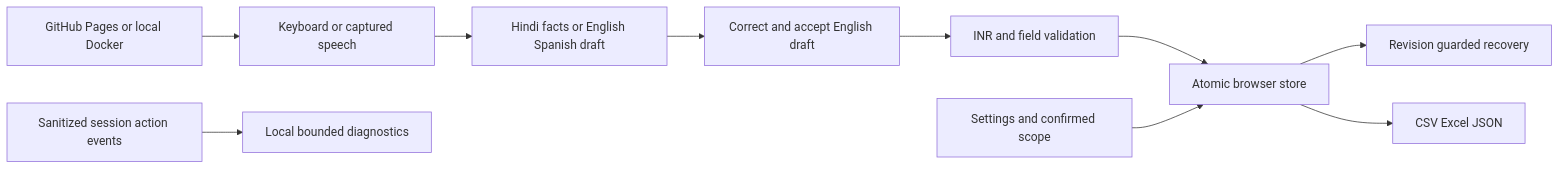
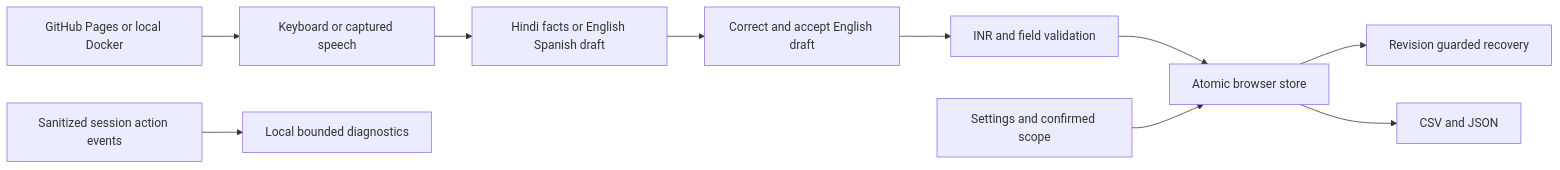
The first of 7 diagrams in docs/ARCHITECTURE.md (debasisr66/PennyExpenseManager), drawn with Mermaid before and after one commit. The commit also changed other lines of this file and 5 other files, not shown here.

````diff
--- a/docs/ARCHITECTURE.md
+++ b/docs/ARCHITECTURE.md
@@ -5,12 +5,12 @@
 ```mermaid
 flowchart LR
   Input[Keyboard or captured speech] --> Facts[Hindi facts or English Spanish draft]
   Facts --> Review[Correct and accept English draft]
   Review --> Validate[INR and field validation]
   Validate --> Store[Atomic browser store]
   Settings[Settings and confirmed scope] --> Store
   Store --> Recovery[Revision guarded recovery]
   Events[Sanitized session action events] --> Logs[Local bounded diagnostics]
-  Store --> Export[CSV Excel JSON]
+  Store --> Export[CSV and JSON]
   GitHub[GitHub Pages or local Docker] --> Input
 ```
````
